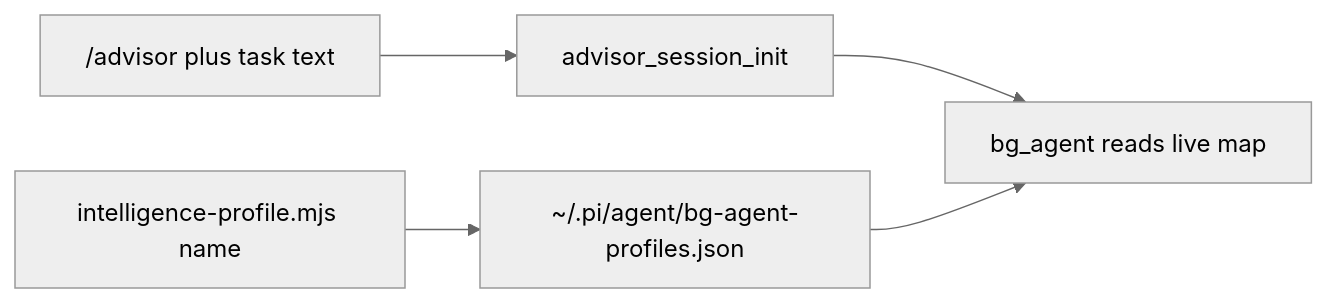
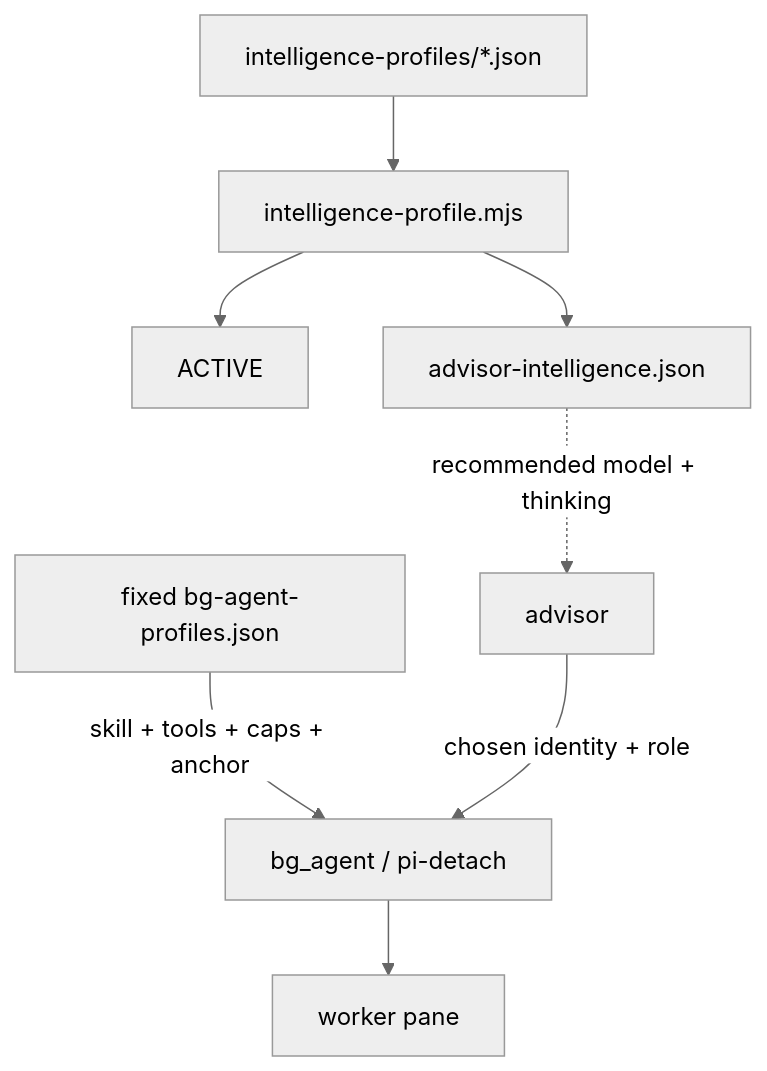
The first of 2 diagrams in docs/intelligence-profiles.md (nourhelmi/pi-meta-harness), drawn with Mermaid (neutral theme) before and after one commit. The commit also changed other lines of this file and 23 other files, not shown here.

Commit message:
feat(advisor): split role config from intelligence guidance

````diff
--- a/docs/intelligence-profiles.md
+++ b/docs/intelligence-profiles.md
@@ -48,7 +79,10 @@
 ```mermaid
-flowchart LR
-  switcher["intelligence-profile.mjs name"] --> live["~/.pi/agent/bg-agent-profiles.json"]
-  invoke["/advisor plus task text"] --> init["advisor_session_init"]
-  init --> workers["bg_agent reads live map"]
-  live --> workers
+flowchart TB
+  Named["intelligence-profiles/*.json"] --> Switcher["intelligence-profile.mjs"]
+  Switcher --> Active["ACTIVE"]
+  Switcher --> Guide["advisor-intelligence.json"]
+  Guide -.->|recommended model + thinking| Advisor[advisor]
+  Roles["fixed bg-agent-profiles.json"] -->|skill + tools + caps + anchor| Transport[bg_agent / pi-detach]
+  Advisor -->|chosen identity + role| Transport
+  Transport --> Worker[worker pane]
 ```
````
